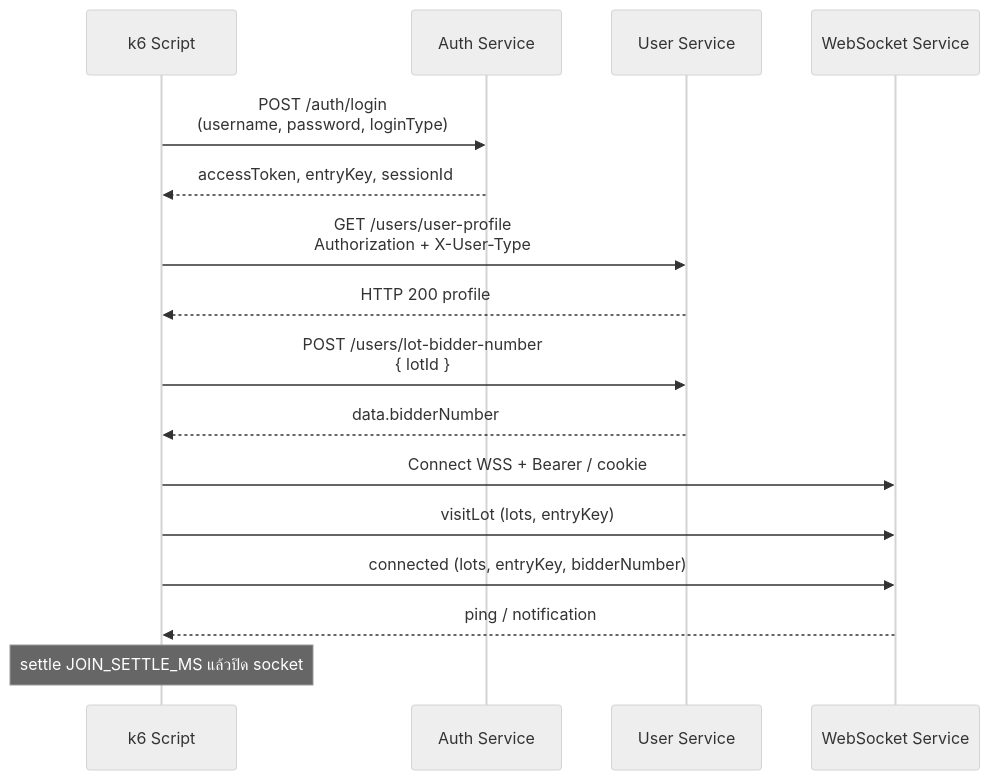
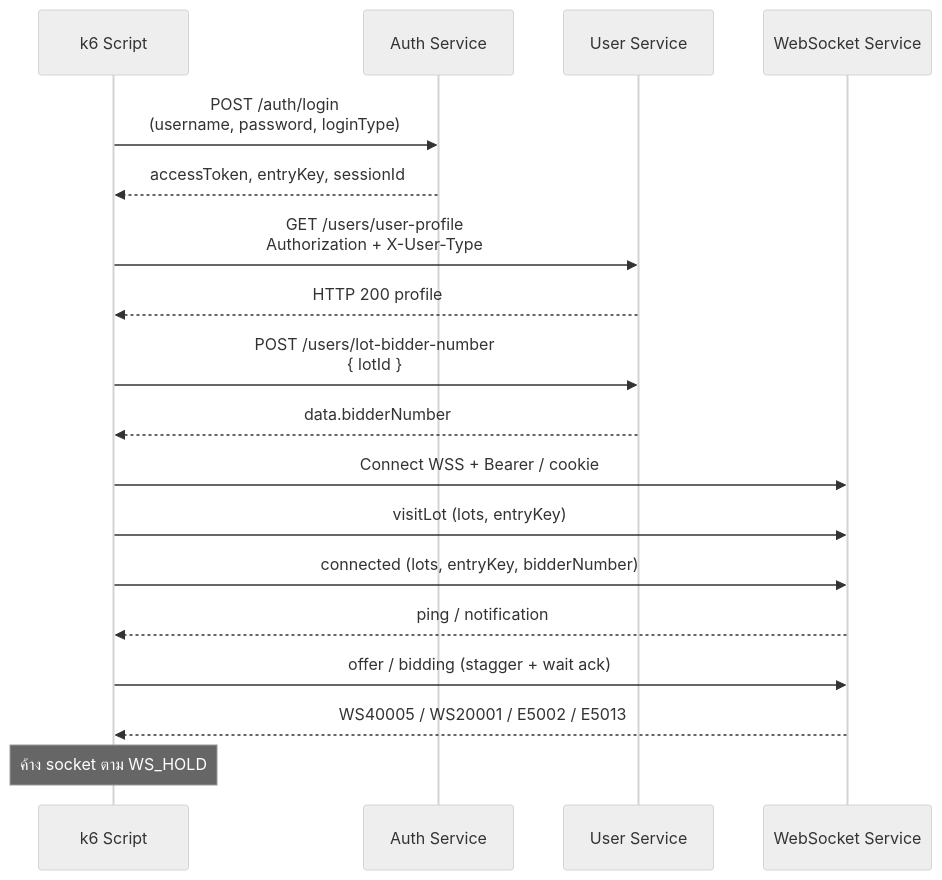
One commit to Thanawin-vts/K6-loadtest changed the diagram in k6-login-visit-connected.md. Above: the diagram before and after it, drawn with Mermaid (neutral theme). The commit also changed other lines of this file and 5 other files, not shown here.

````diff
--- a/k6-login-visit-connected.md
+++ b/k6-login-visit-connected.md
@@ -19,22 +20,24 @@
 ```mermaid
 sequenceDiagram
     participant K6 as k6 Script
     participant Auth as Auth Service
     participant User as User Service
     participant WS as WebSocket Service
 
     K6->>Auth: POST /auth/login<br/>(username, password, loginType)
     Auth-->>K6: accessToken, entryKey, sessionId
 
     K6->>User: GET /users/user-profile<br/>Authorization + X-User-Type
     User-->>K6: HTTP 200 profile
 
     K6->>User: POST /users/lot-bidder-number<br/>{ lotId }
     User-->>K6: data.bidderNumber
 
     K6->>WS: Connect WSS + Bearer / cookie
     K6->>WS: visitLot (lots, entryKey)
     K6->>WS: connected (lots, entryKey, bidderNumber)
     WS-->>K6: ping / notification
-    Note over K6: settle JOIN_SETTLE_MS แล้วปิด socket
+    K6->>WS: offer / bidding (stagger + wait ack)
+    WS-->>K6: WS40005 / WS20001 / E5002 / E5013
+    Note over K6: ค้าง socket ตาม WS_HOLD
 ```
````
